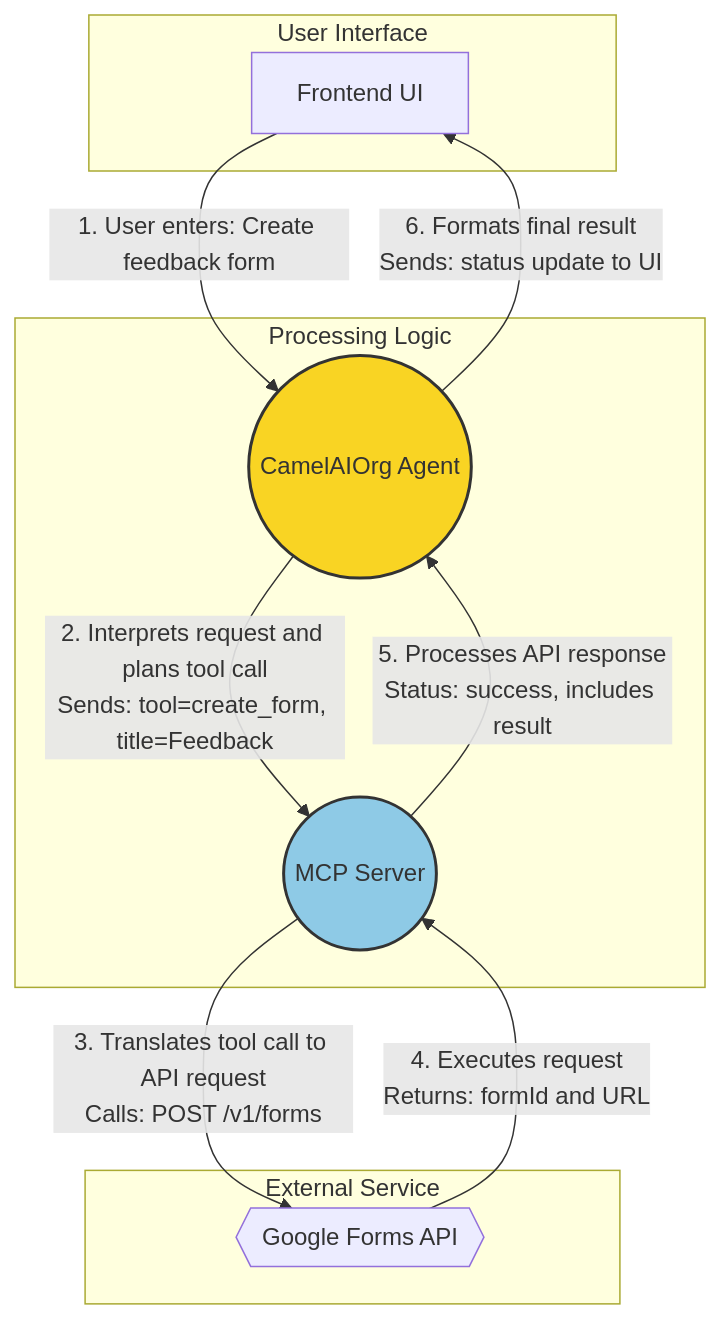
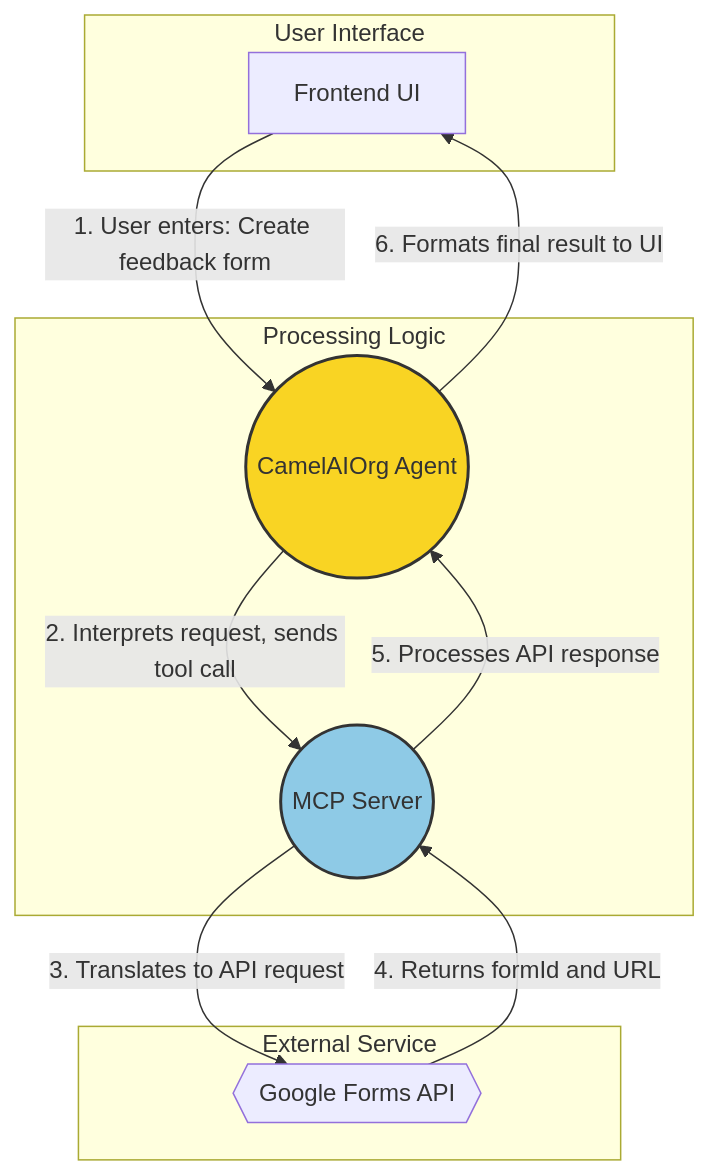
One commit to adarshp14/google-form-mcp-server changed the diagram in README.md. Above: the diagram before and after it, drawn with Mermaid.

Commit message:
Fixed it again

````diff
--- a/README.md
+++ b/README.md
@@ -39,25 +39,25 @@
 ```mermaid
 graph TD
     subgraph "User Interface"
         A[Frontend UI]
     end
     
     subgraph "Processing Logic"
         B((CamelAIOrg Agent))
         C((MCP Server))
     end
     
     subgraph "External Service"
         D{{Google Forms API}}
     end
     
-    A -->|1. User enters: Create feedback form| B
-    B -->|2. Interprets request and plans tool call\nSends: tool=create_form, title=Feedback| C
-    C -->|3. Translates tool call to API request\nCalls: POST /v1/forms| D
-    D -->|4. Executes request\nReturns: formId and URL| C
-    C -->|5. Processes API response\nStatus: success, includes result| B
-    B -->|6. Formats final result\nSends: status update to UI| A
+    A -->|"1. User enters: Create feedback form"| B
+    B -->|"2. Interprets request, sends tool call"| C
+    C -->|"3. Translates to API request"| D
+    D -->|"4. Returns formId and URL"| C
+    C -->|"5. Processes API response"| B
+    B -->|"6. Formats final result to UI"| A
     
     style B fill:#f9d423,stroke:#333,stroke-width:2px,color:#333
     style C fill:#8ecae6,stroke:#333,stroke-width:2px,color:#333
 ```
````
